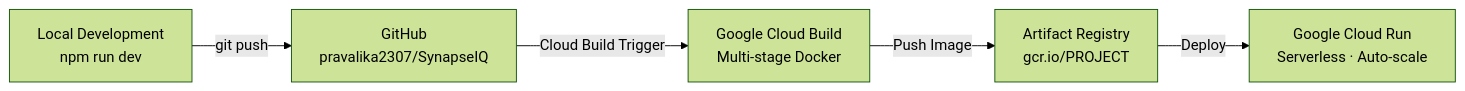
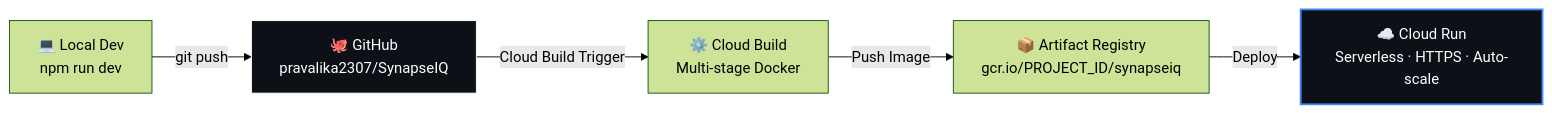
One commit to pravalika2307/SynapseIQ changed the third of 3 diagrams in README.md. Above: the diagram before and after it, drawn with Mermaid (forest theme). The commit also changed other lines of this file and 7 other files, not shown here.

````diff
--- a/README.md
+++ b/README.md
@@ -221,7 +254,10 @@
 ```mermaid
 graph LR
-    Dev["Local Development\nnpm run dev"] -->|git push| GH["GitHub\npravalika2307/SynapseIQ"]
-    GH -->|Cloud Build Trigger| CB["Google Cloud Build\nMulti-stage Docker"]
-    CB -->|Push Image| AR["Artifact Registry\ngcr.io/PROJECT"]
-    AR -->|Deploy| CR["Google Cloud Run\nServerless · Auto-scale"]
+    Dev["💻 Local Dev\nnpm run dev"] -->|git push| GH["🐙 GitHub\npravalika2307/SynapseIQ"]
+    GH -->|Cloud Build Trigger| CB["⚙️ Cloud Build\nMulti-stage Docker"]
+    CB -->|Push Image| AR["📦 Artifact Registry\ngcr.io/PROJECT_ID/synapseiq"]
+    AR -->|Deploy| CR["☁️ Cloud Run\nServerless · HTTPS · Auto-scale"]
+
+    style GH fill:#0D1117,stroke:#fff,stroke-width:1px,color:#fff
+    style CR fill:#0D1117,stroke:#4285F4,stroke-width:2px,color:#fff
 ```
````
